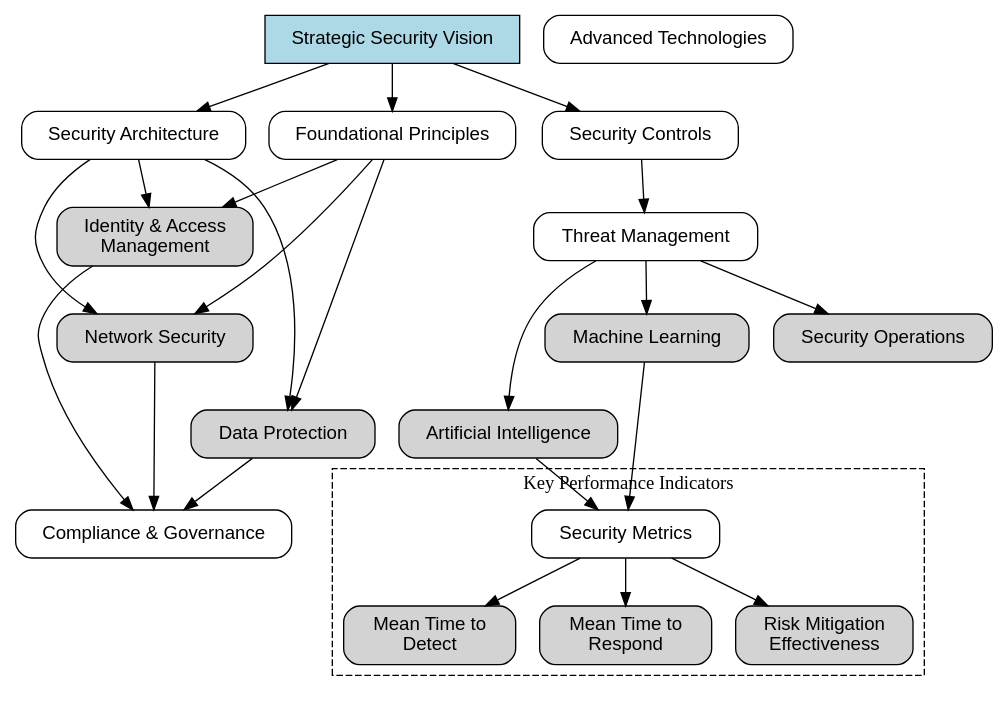
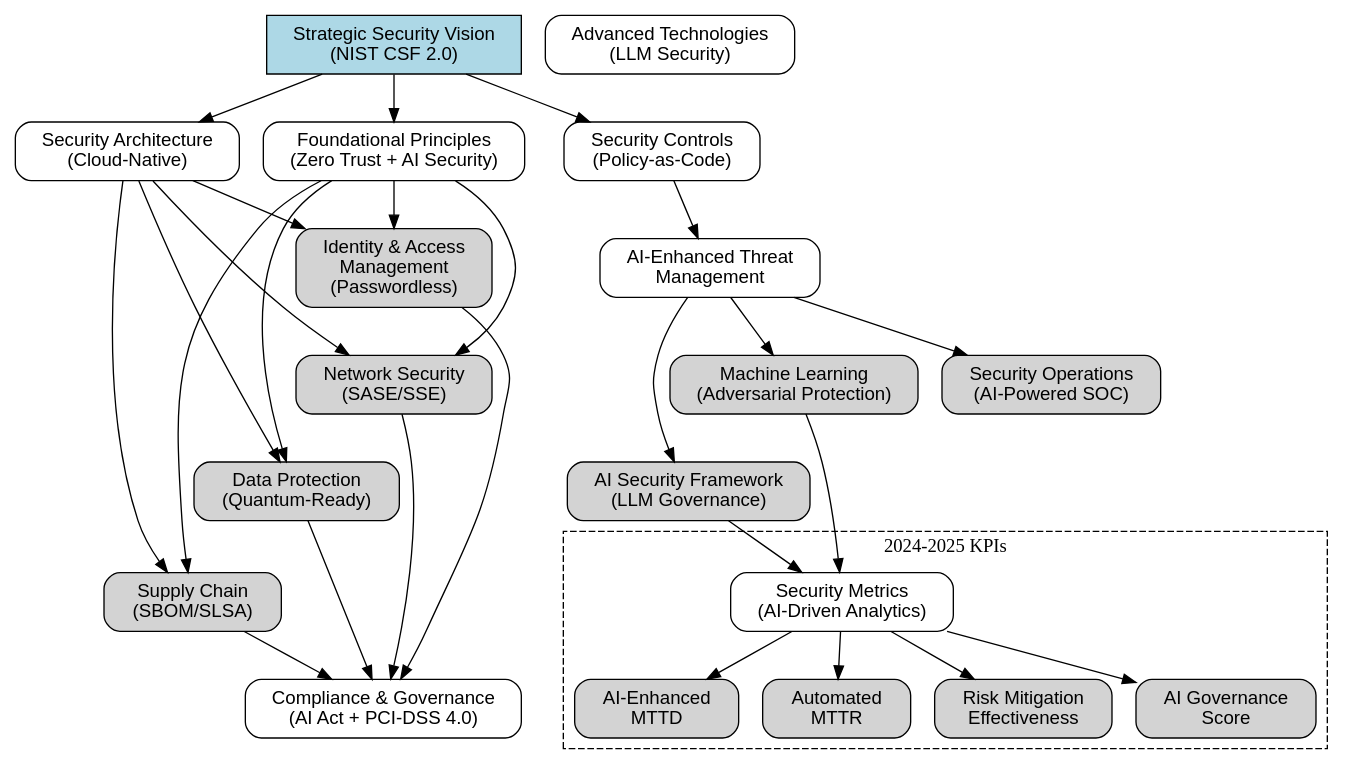
Before and after one commit to dbsectrainer/cloud-security-best-practices: the diagram in security_framework.dot, drawn with Graphviz. The commit also changed 9 other files, not shown here.

Commit message:
Major security framework updates for 2024-2025: NIST CSF 2.0, AI/ML security, current tools

```diff
--- a/security_framework.dot
+++ b/security_framework.dot
@@ -1,48 +1,50 @@
 digraph SecurityFramework {
     rankdir=TB;
     node [shape=box, style=rounded, fontname="Arial", margin="0.3,0.1"];
     edge [fontname="Arial"];
 
-    // Main Components
-    Strategy [label="Strategic Security Vision", style=filled, fillcolor=lightblue];
-    Principles [label="Foundational Principles"];
-    Architecture [label="Security Architecture"];
-    Controls [label="Security Controls"];
-    ThreatMgmt [label="Threat Management"];
-    Tech [label="Advanced Technologies"];
-    Compliance [label="Compliance & Governance"];
-    Metrics [label="Security Metrics"];
+    // Main Components (Updated for 2024-2025)
+    Strategy [label="Strategic Security Vision\n(NIST CSF 2.0)", style=filled, fillcolor=lightblue];
+    Principles [label="Foundational Principles\n(Zero Trust + AI Security)"];
+    Architecture [label="Security Architecture\n(Cloud-Native)"];
+    Controls [label="Security Controls\n(Policy-as-Code)"];
+    ThreatMgmt [label="AI-Enhanced Threat\nManagement"];
+    Tech [label="Advanced Technologies\n(LLM Security)"];
+    Compliance [label="Compliance & Governance\n(AI Act + PCI-DSS 4.0)"];
+    Metrics [label="Security Metrics\n(AI-Driven Analytics)"];
     
-    // Subcomponents
+    // Enhanced Subcomponents for 2024-2025
     node [shape=box, style="rounded,filled", fillcolor=lightgrey];
-    IAM [label="Identity & Access\nManagement"];
-    Network [label="Network Security"];
-    Data [label="Data Protection"];
-    ML [label="Machine Learning"];
-    AI [label="Artificial Intelligence"];
-    SOC [label="Security Operations"];
+    IAM [label="Identity & Access\nManagement\n(Passwordless)"];
+    Network [label="Network Security\n(SASE/SSE)"];
+    Data [label="Data Protection\n(Quantum-Ready)"];
+    ML [label="Machine Learning\n(Adversarial Protection)"];
+    AI [label="AI Security Framework\n(LLM Governance)"];
+    SOC [label="Security Operations\n(AI-Powered SOC)"];
+    Supply [label="Supply Chain\n(SBOM/SLSA)"];
     
     // Relationships
     Strategy -> {Principles, Architecture, Controls} [dir=forward];
-    Principles -> {IAM, Network, Data} [dir=forward];
-    Architecture -> {IAM, Network, Data} [dir=forward];
+    Principles -> {IAM, Network, Data, Supply} [dir=forward];
+    Architecture -> {IAM, Network, Data, Supply} [dir=forward];
     Controls -> ThreatMgmt [dir=forward];
     ThreatMgmt -> {SOC, ML, AI} [dir=forward];
     {ML, AI} -> Metrics [dir=forward];
-    {IAM, Network, Data} -> Compliance [dir=forward];
+    {IAM, Network, Data, Supply} -> Compliance [dir=forward];
     
-    // Subgraph for Metrics
+    // Enhanced Metrics Subgraph
     subgraph cluster_metrics {
         style=dashed;
-        label="Key Performance Indicators";
-        MTTD [label="Mean Time to\nDetect"];
-        MTTR [label="Mean Time to\nRespond"];
+        label="2024-2025 KPIs";
+        MTTD [label="AI-Enhanced\nMTTD"];
+        MTTR [label="Automated\nMTTR"];
         Risk [label="Risk Mitigation\nEffectiveness"];
-        Metrics -> {MTTD, MTTR, Risk} [dir=forward];
+        AIGov [label="AI Governance\nScore"];
+        Metrics -> {MTTD, MTTR, Risk, AIGov} [dir=forward];
     }
 
     // Add invisible edges to improve layout
     edge [style=invis];
-    IAM -> Network -> Data;
+    IAM -> Network -> Data -> Supply;
     ML -> AI;
 }
```
